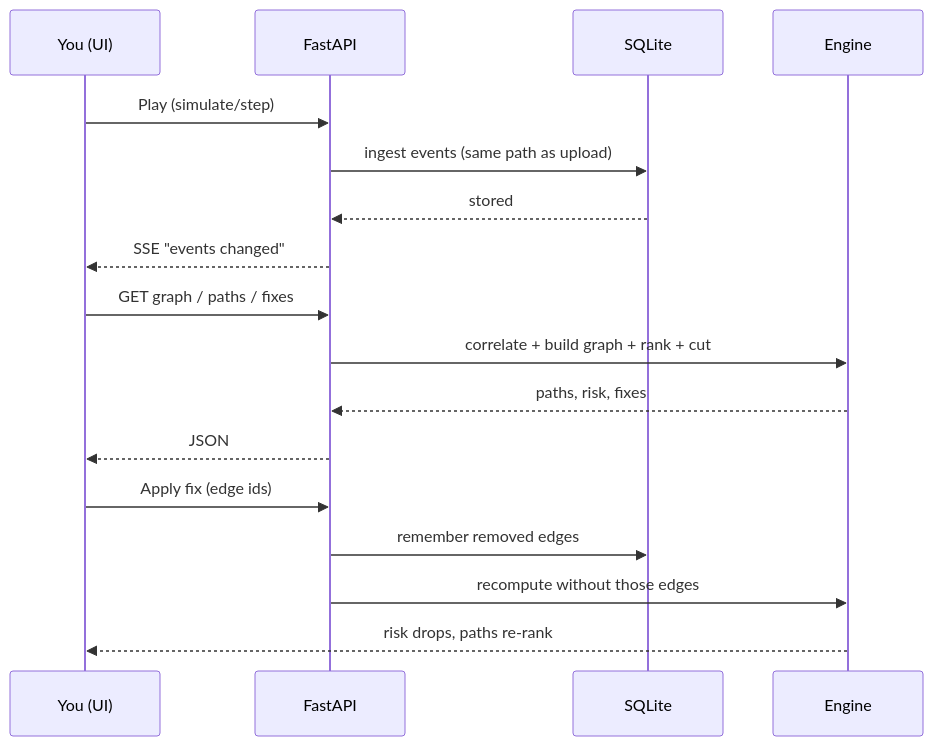
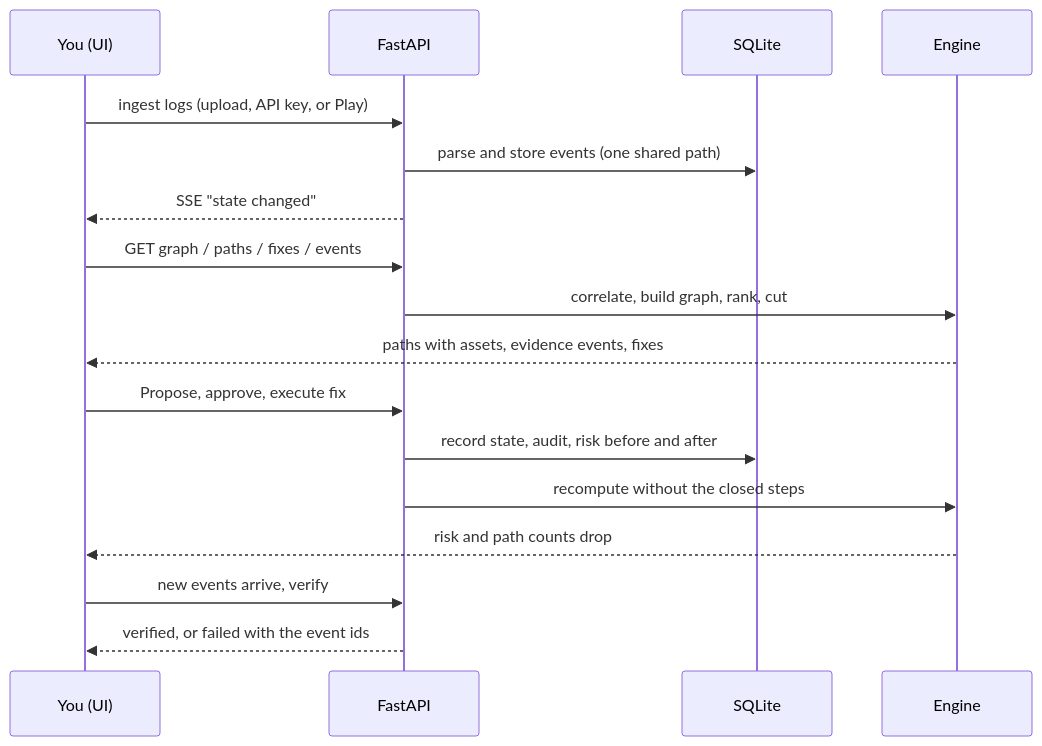
Before and after one commit to Datum-Collective/Paladin: the eighth of 8 diagrams in HOW_IT_WORKS.md, drawn with Mermaid. The commit also changed other lines of this file, not shown here.

````diff
--- a/HOW_IT_WORKS.md
+++ b/HOW_IT_WORKS.md
@@ -109,19 +170,19 @@
 ```mermaid
 sequenceDiagram
     participant U as You (UI)
     participant API as FastAPI
     participant DB as SQLite
     participant E as Engine
-    U->>API: Play (simulate/step)
-    API->>DB: ingest events (same path as upload)
-    DB-->>API: stored
-    API-->>U: SSE "events changed"
-    U->>API: GET graph / paths / fixes
-    API->>E: correlate + build graph + rank + cut
-    E-->>API: paths, risk, fixes
-    API-->>U: JSON
-    U->>API: Apply fix (edge ids)
-    API->>DB: remember removed edges
-    API->>E: recompute without those edges
-    E-->>U: risk drops, paths re-rank
+    U->>API: ingest logs (upload, API key, or Play)
+    API->>DB: parse and store events (one shared path)
+    API-->>U: SSE "state changed"
+    U->>API: GET graph / paths / fixes / events
+    API->>E: correlate, build graph, rank, cut
+    E-->>U: paths with assets, evidence events, fixes
+    U->>API: Propose, approve, execute fix
+    API->>DB: record state, audit, risk before and after
+    API->>E: recompute without the closed steps
+    E-->>U: risk and path counts drop
+    U->>API: new events arrive, verify
+    API-->>U: verified, or failed with the event ids
 ```
````
